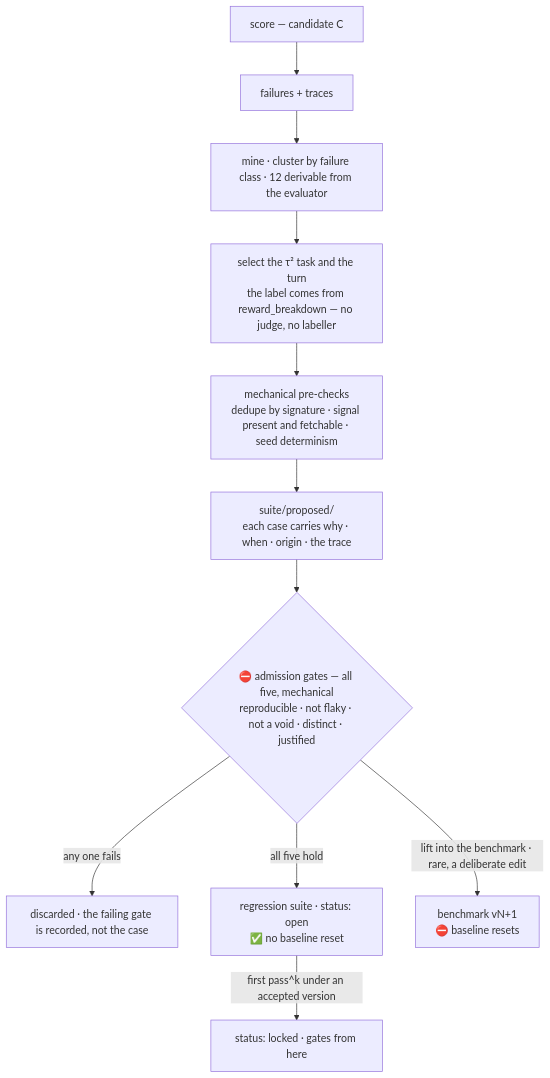
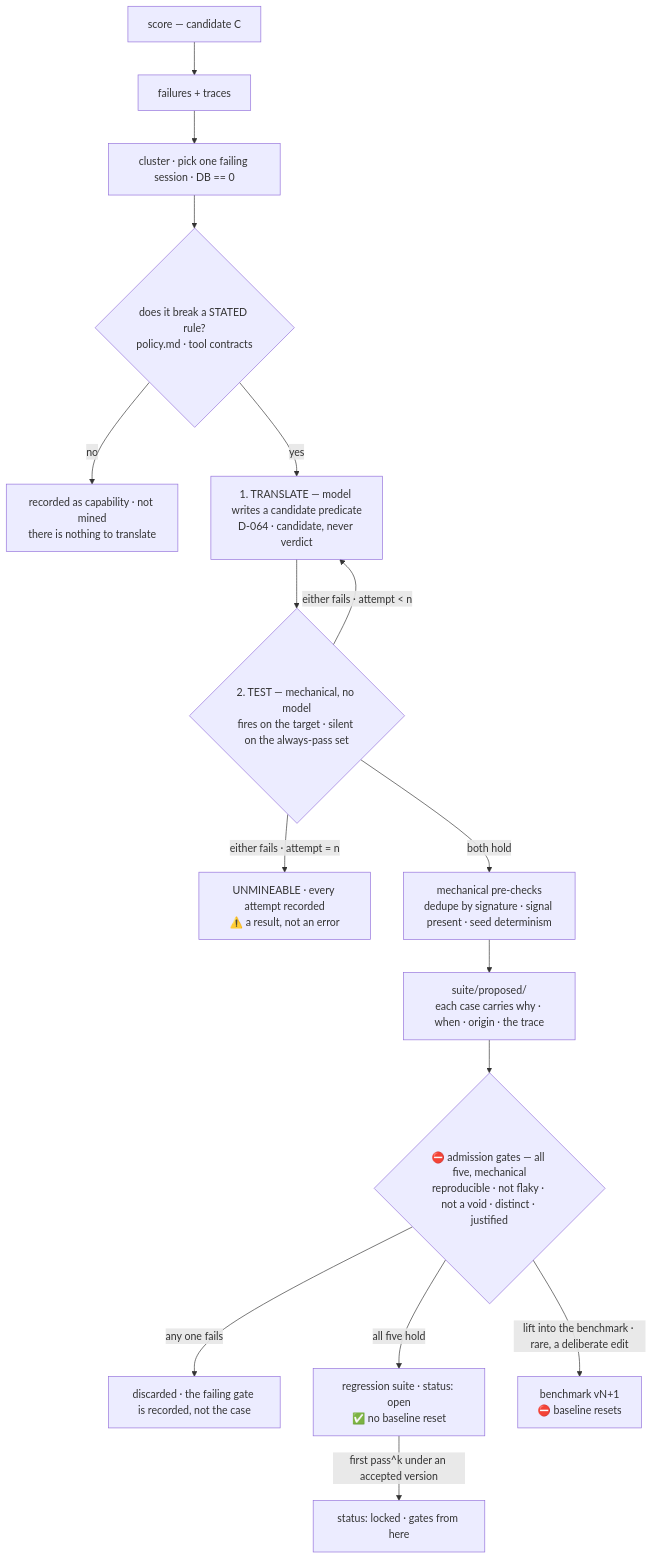
One commit to sandeepyadav1478/touchstone changed the diagram in docs/02-gates.md. Above: the diagram before and after it, drawn with Mermaid. The commit also changed other lines of this file and 6 other files, not shown here.

First line of the commit message:
The inner loop is the core: mine comes back, with a stopping rule

````diff
--- a/docs/02-gates.md
+++ b/docs/02-gates.md
@@ -208,13 +278,18 @@
 ```mermaid
 flowchart TB
   SCORE["score — candidate C"] --> FAIL["failures + traces"]
-  FAIL --> MINE["mine · cluster by failure class · 12 derivable from the evaluator"]
-  MINE --> GEN["select the τ² task and the turn<br/>the label comes from reward_breakdown — no judge, no labeller"]
-  GEN --> CHECK["mechanical pre-checks<br/>dedupe by signature · signal present and fetchable · seed determinism"]
+  FAIL --> PICK["cluster · pick one failing session · DB == 0"]
+  PICK --> RULE{"does it break a STATED rule?<br/>policy.md · tool contracts"}
+  RULE -->|no| SKIP["recorded as capability · not mined<br/>there is nothing to translate"]
+  RULE -->|yes| TRANS["1. TRANSLATE — model writes a candidate predicate<br/>D-064 · candidate, never verdict"]
+  TRANS --> TEST{"2. TEST — mechanical, no model<br/>fires on the target · silent on the always-pass set"}
+  TEST -->|"either fails · attempt < n"| TRANS
+  TEST -->|"either fails · attempt = n"| UNM["UNMINEABLE · every attempt recorded<br/>⚠️ a result, not an error"]
+  TEST -->|both hold| CHECK["mechanical pre-checks<br/>dedupe by signature · signal present · seed determinism"]
   CHECK --> PROP["suite/proposed/<br/>each case carries why · when · origin · the trace"]
   PROP --> ADMIT{"⛔ admission gates — all five, mechanical<br/>reproducible · not flaky · not a void · distinct · justified"}
   ADMIT -->|any one fails| DROP["discarded · the failing gate is recorded, not the case"]
   ADMIT -->|all five hold| REG["regression suite · status: open<br/>✅ no baseline reset"]
   REG -->|"first pass^k under an accepted version"| LOCK["status: locked · gates from here"]
   ADMIT -->|"lift into the benchmark · rare, a deliberate edit"| BENCH["benchmark vN+1<br/>⛔ baseline resets"]
 ```
````
